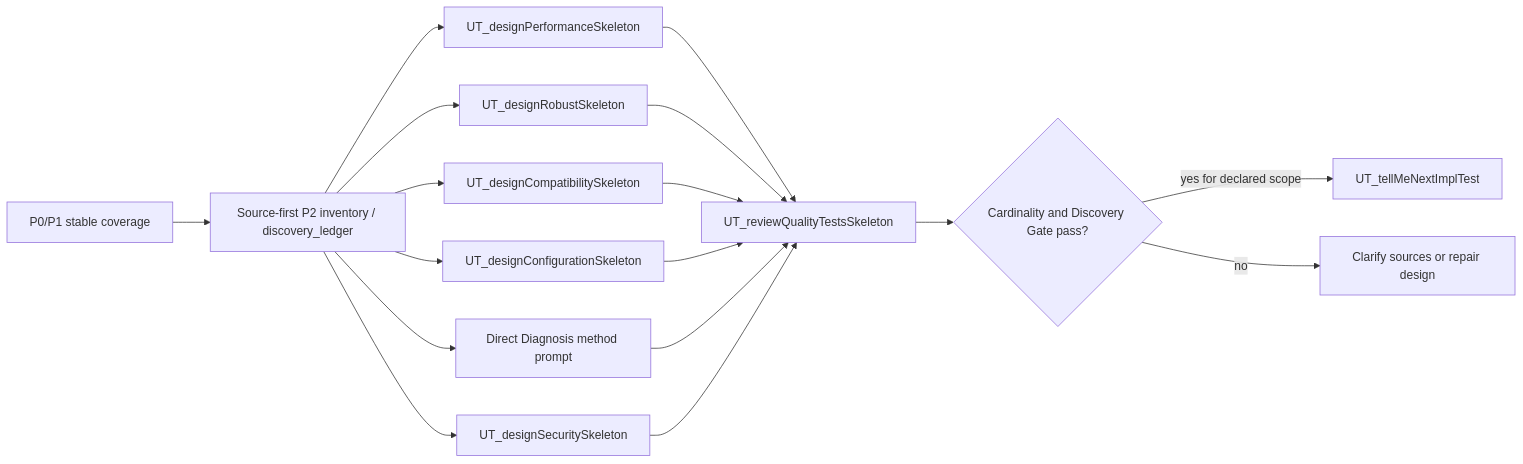
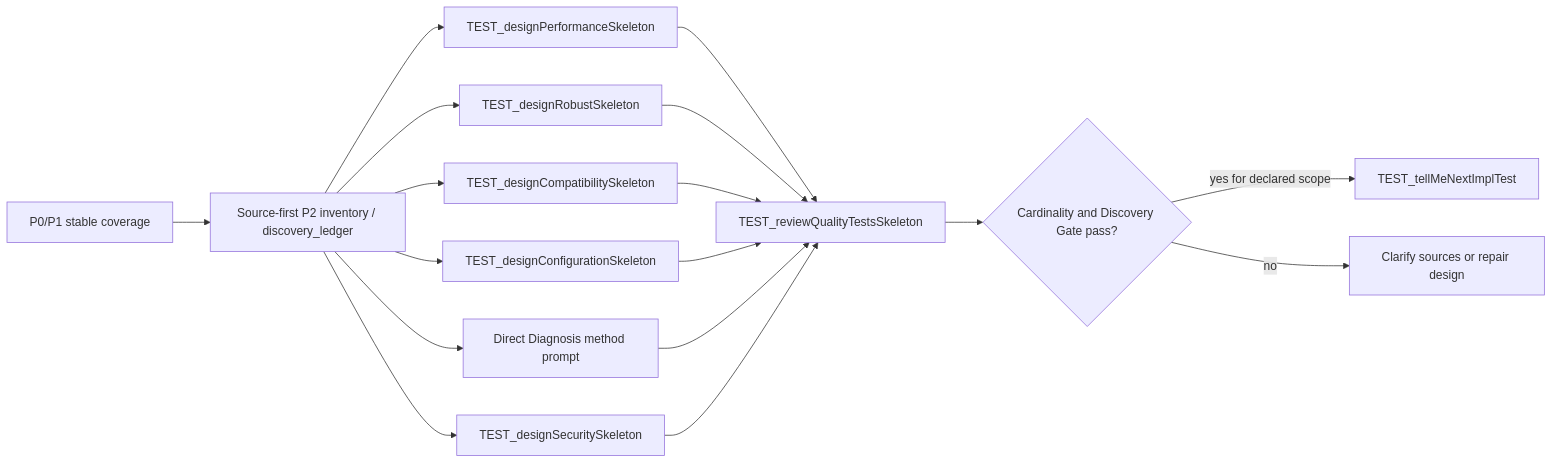
The diagram in slashCommands/flows/P2-QualityTestsFlow.md (EnigmaWU/MyCaTDD), drawn with Mermaid before and after one commit. The commit also changed other lines of this file and 87 other files, not shown here.

````diff
--- a/slashCommands/flows/P2-QualityTestsFlow.md
+++ b/slashCommands/flows/P2-QualityTestsFlow.md
@@ -41,19 +41,19 @@
 ```mermaid
 flowchart LR
     Stable["P0/P1 stable coverage"] --> Inventory["Source-first P2 inventory / discovery_ledger"]
-    Inventory --> Performance["UT_designPerformanceSkeleton"]
-    Inventory --> Robust["UT_designRobustSkeleton"]
-    Inventory --> Compatibility["UT_designCompatibilitySkeleton"]
-    Inventory --> Configuration["UT_designConfigurationSkeleton"]
+    Inventory --> Performance["TEST_designPerformanceSkeleton"]
+    Inventory --> Robust["TEST_designRobustSkeleton"]
+    Inventory --> Compatibility["TEST_designCompatibilitySkeleton"]
+    Inventory --> Configuration["TEST_designConfigurationSkeleton"]
     Inventory --> Diagnosis["Direct Diagnosis method prompt"]
-    Inventory --> Security["UT_designSecuritySkeleton"]
-    Performance --> Review["UT_reviewQualityTestsSkeleton"]
+    Inventory --> Security["TEST_designSecuritySkeleton"]
+    Performance --> Review["TEST_reviewQualityTestsSkeleton"]
     Robust --> Review
     Compatibility --> Review
     Configuration --> Review
     Diagnosis --> Review
     Security --> Review
     Review --> Gate{"Cardinality and Discovery Gate pass?"}
-    Gate -->|yes for declared scope| NextTC["UT_tellMeNextImplTest"]
+    Gate -->|yes for declared scope| NextTC["TEST_tellMeNextImplTest"]
     Gate -->|no| Clarify["Clarify sources or repair design"]
 ```
````
